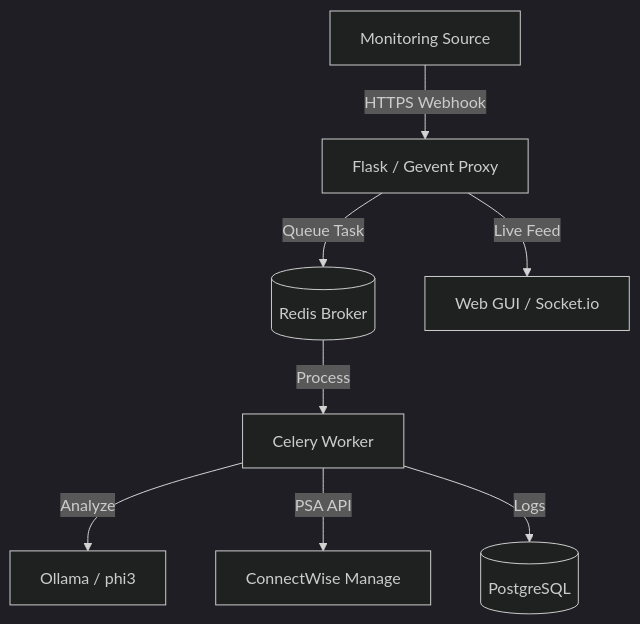
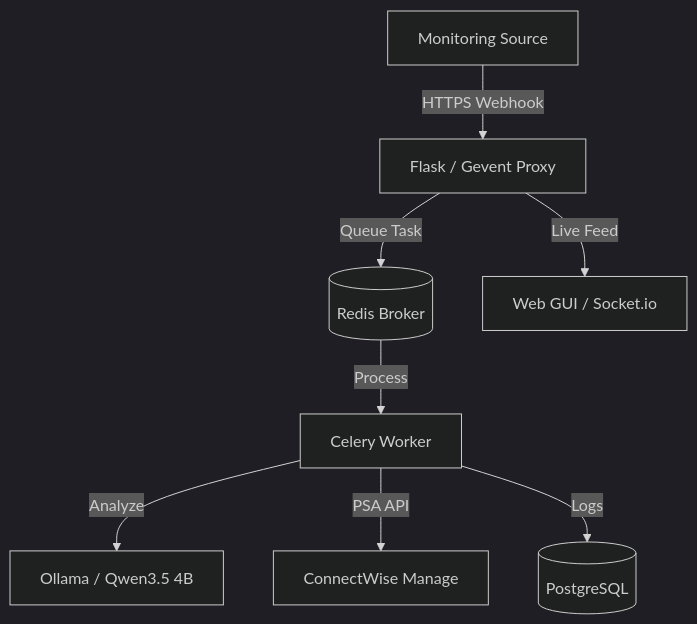
The first of 4 diagrams in README.md (arumes31/hookwise), drawn with Mermaid (dark theme) before and after one commit. The commit also changed other lines of this file and 6 other files, not shown here.

````diff
--- a/README.md
+++ b/README.md
@@ -38,10 +38,10 @@
 ```mermaid
 graph TD
     Client[Monitoring Source] -->|HTTPS Webhook| Proxy[Flask / Gevent Proxy]
     Proxy -->|Queue Task| Redis[(Redis Broker)]
     Redis -->|Process| Worker[Celery Worker]
-    Worker -->|Analyze| AI[Ollama / phi3]
+    Worker -->|Analyze| AI[Ollama / Qwen3.5 4B]
     Worker -->|PSA API| CW[ConnectWise Manage]
     Worker -->|Logs| DB[(PostgreSQL)]
     Proxy -->|Live Feed| GUI[Web GUI / Socket.io]
 ```
````
